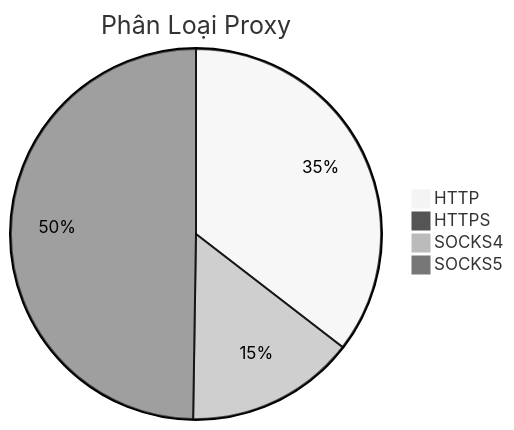
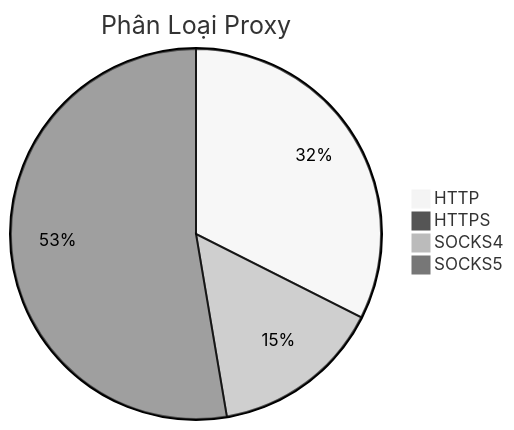
One commit to Ciara-12/PROXY-free changed the diagram in README.md. Above: the diagram before and after it, drawn with Mermaid (neutral theme). The commit also changed other lines of this file and 4 other files, not shown here.

````diff
--- a/README.md
+++ b/README.md
@@ -26,7 +26,7 @@
 ```mermaid
 pie title Phân Loại Proxy
-    "HTTP" : 940
-    "HTTPS" : 5
-    "SOCKS4" : 392
-    "SOCKS5" : 1319
+    "HTTP" : 925
+    "HTTPS" : 1
+    "SOCKS4" : 425
+    "SOCKS5" : 1502
 ```
````
